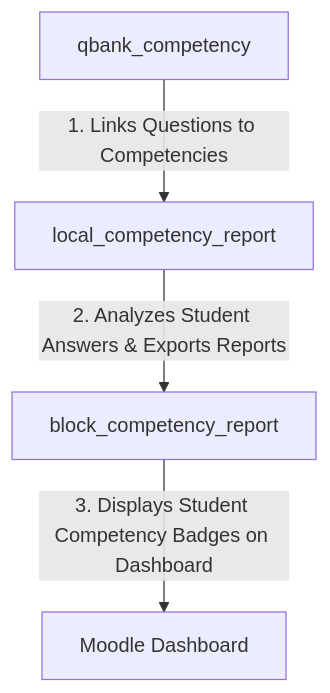
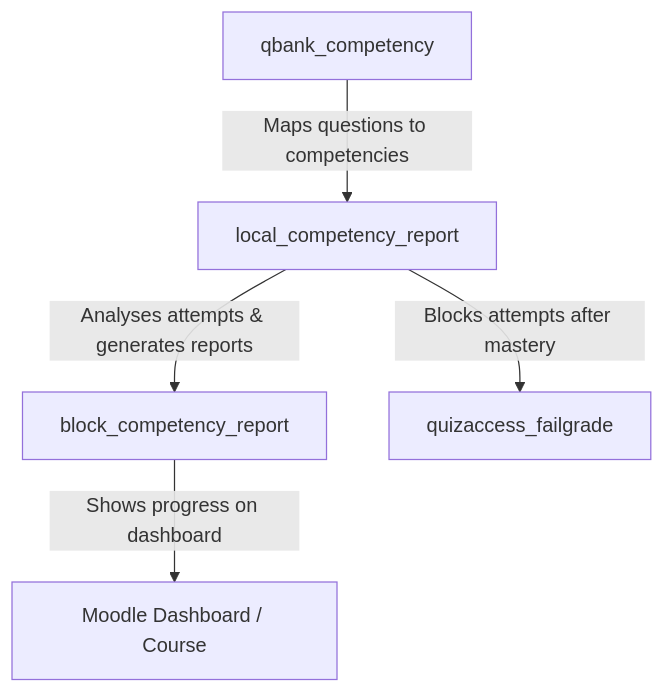
Before and after one commit to engfeda-ui/moodle-block_competency_report: the diagram in README.md, drawn with Mermaid. The commit also changed other lines of this file and 5 other files, not shown here.

First line of the commit message:
feat(block_competency_report): add Mustache templates, privacy provider, and capability definitions

````diff
--- a/README.md
+++ b/README.md
@@ -90,6 +107,7 @@
 ```mermaid
 graph TD
-    A[qbank_competency] -->|1. Links Questions to Competencies| B[local_competency_report]
-    B -->|2. Analyzes Student Answers & Exports Reports| C[block_competency_report]
-    C -->|3. Displays Student Competency Badges on Dashboard| D[Moodle Dashboard]
+    A[qbank_competency] -->|Maps questions to competencies| B[local_competency_report]
+    B -->|Analyses attempts & generates reports| C[block_competency_report]
+    C -->|Shows progress on dashboard| D[Moodle Dashboard / Course]
+    B -->|Blocks attempts after mastery| E[quizaccess_failgrade]
 ```
````
